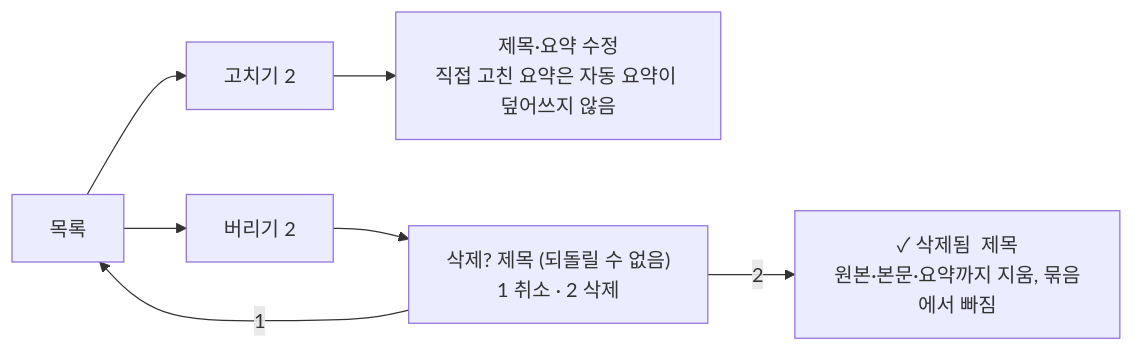
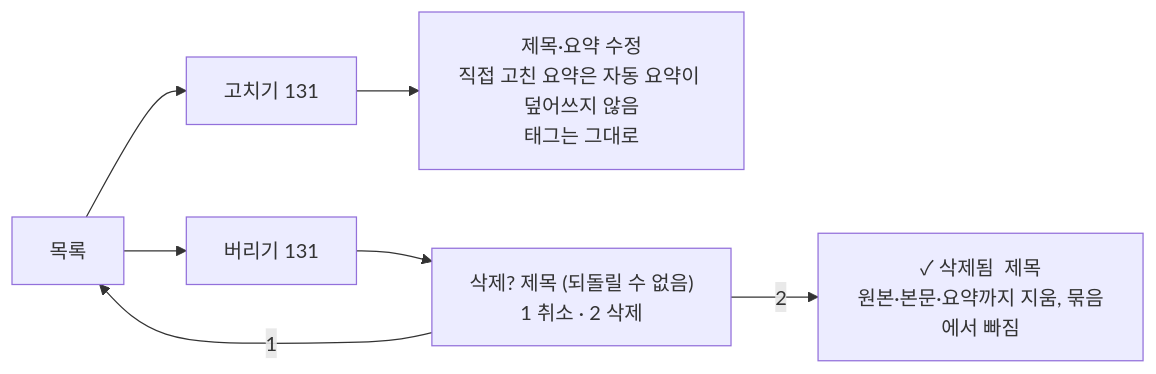
One commit to delightPIP/grep changed the eighth of 10 diagrams in docs/planning/user-flow.md. Above: the diagram before and after it, drawn with Mermaid. The commit also changed other lines of this file and 4 other files, not shown here.

````diff
--- a/docs/planning/user-flow.md
+++ b/docs/planning/user-flow.md
@@ -221,9 +247,9 @@
 ```mermaid
 flowchart LR
-    A["목록"] --> B["고치기 2"]
-    B --> C["제목·요약 수정<br/>직접 고친 요약은 자동 요약이 덮어쓰지 않음"]
-    A --> D["버리기 2"]
+    A["목록"] --> B["고치기 131"]
+    B --> C["제목·요약 수정<br/>직접 고친 요약은 자동 요약이 덮어쓰지 않음<br/>태그는 그대로"]
+    A --> D["버리기 131"]
     D --> E["삭제? 제목 (되돌릴 수 없음)<br/>1 취소 · 2 삭제"]
     E -- "2" --> F["✓ 삭제됨  제목<br/>원본·본문·요약까지 지움, 묶음에서 빠짐"]
     E -- "1" --> A
 ```
````
